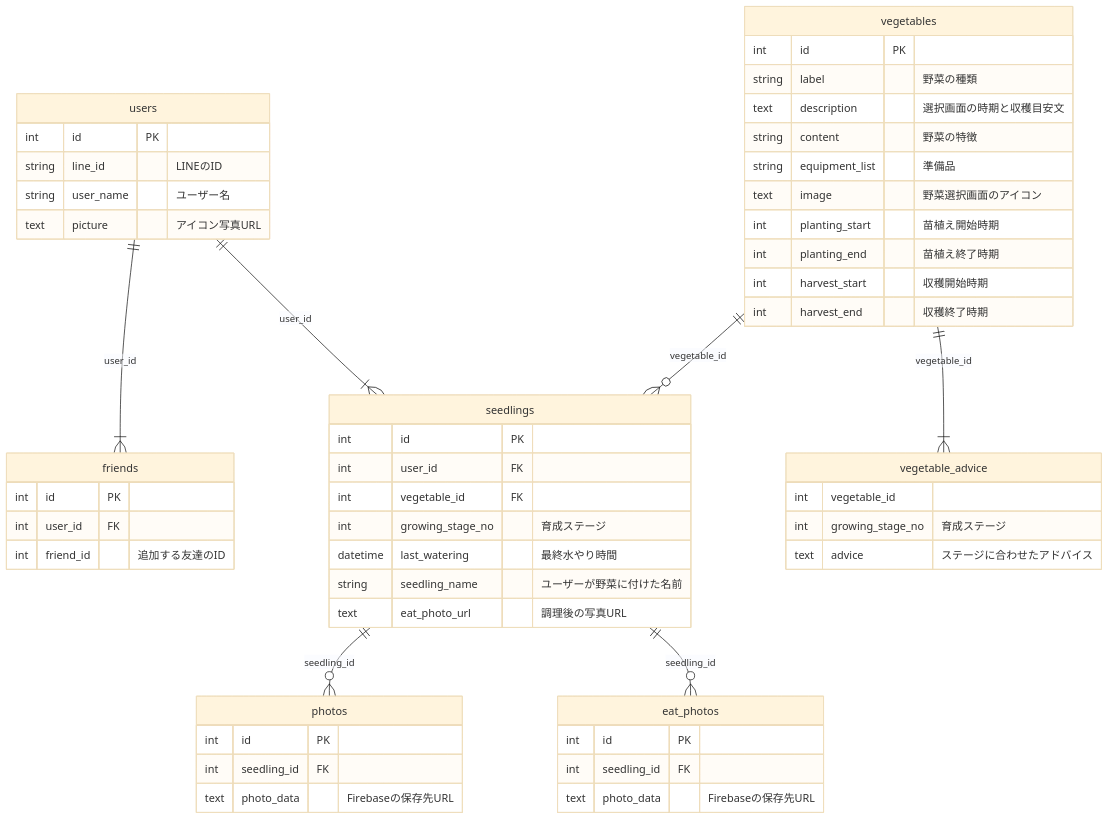
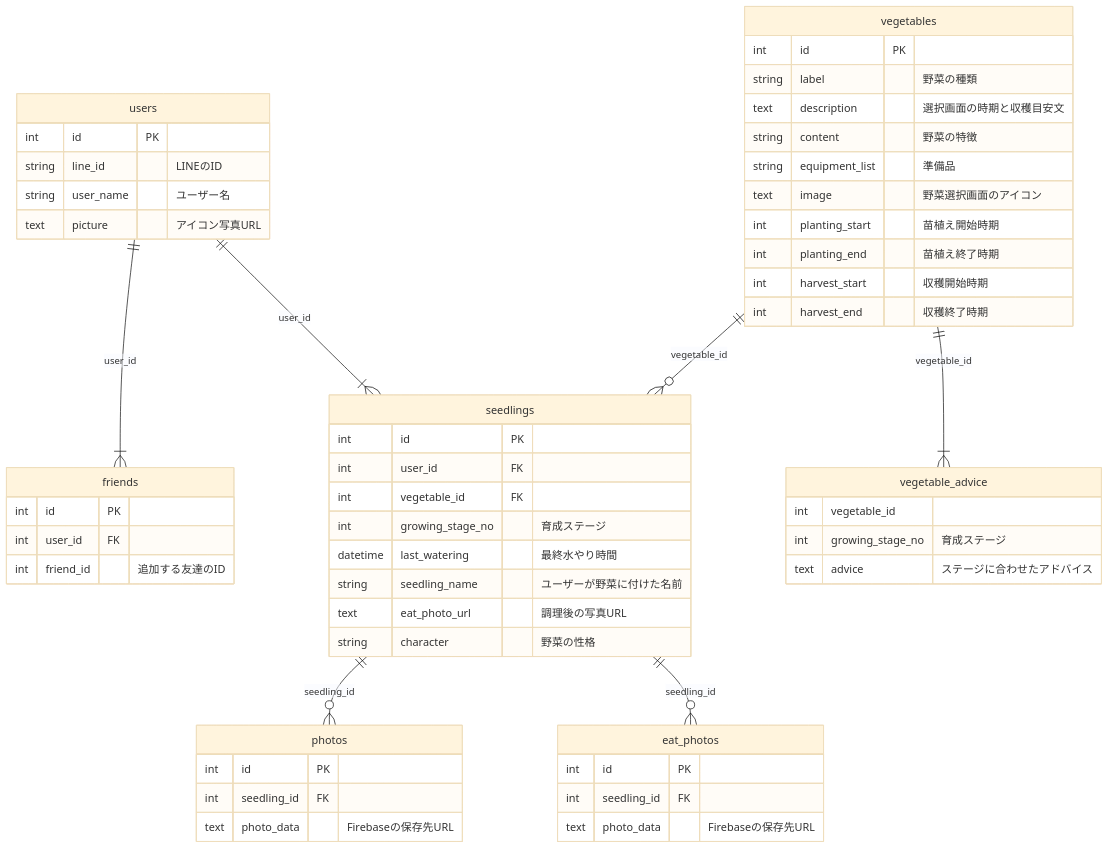
Before and after one commit to DIG-BTC6-Final-Project-Team-Fair-Play/Hagu: the diagram in README.md, drawn with Mermaid (base theme). The commit also changed other lines of this file, not shown here.

````diff
--- a/README.md
+++ b/README.md
@@ -156,67 +156,68 @@
 ```mermaid
 erDiagram
     users ||--|{ friends : "user_id"
     users ||--|{ seedlings : "user_id"
     seedlings ||--o{ photos : "seedling_id"
     seedlings ||--o{ eat_photos : "seedling_id"
     vegetables ||--o{ seedlings : "vegetable_id"
     vegetables ||--|{ vegetable_advice : "vegetable_id"
     
 
     users{
         int id PK
         string line_id "LINEのID"
         string user_name "ユーザー名"
         text picture "アイコン写真URL"
     }
 
     vegetables{
         int id PK
         string label "野菜の種類"
         text description "選択画面の時期と収穫目安文"
         string content "野菜の特徴"
         string equipment_list "準備品"
         text image "野菜選択画面のアイコン"
         int planting_start "苗植え開始時期"
         int planting_end "苗植え終了時期"
         int harvest_start "収穫開始時期"
         int harvest_end "収穫終了時期"
     }
 
     seedlings{
         int id PK
         int user_id FK
         int vegetable_id FK
         int growing_stage_no "育成ステージ"
         datetime last_watering "最終水やり時間"
         string seedling_name "ユーザーが野菜に付けた名前"
         text eat_photo_url "調理後の写真URL"
+        string character "野菜の性格"
     }
 
     vegetable_advice{
         int vegetable_id
         int growing_stage_no "育成ステージ"
         text advice "ステージに合わせたアドバイス"
     }
 
     photos{
         int id PK
         int seedling_id FK
         text photo_data "Firebaseの保存先URL"
     }
 
     eat_photos{
         int id PK
         int seedling_id FK
         text photo_data "Firebaseの保存先URL"
     }
 
     friends{
         int id PK
         int user_id FK
         int friend_id "追加する友達のID"
     }
 
 
 
 ```
````
